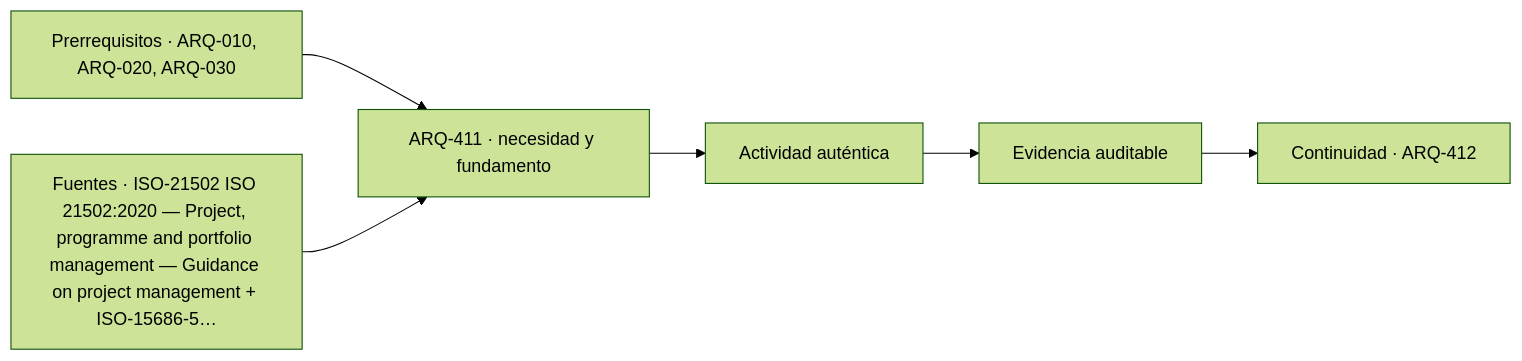
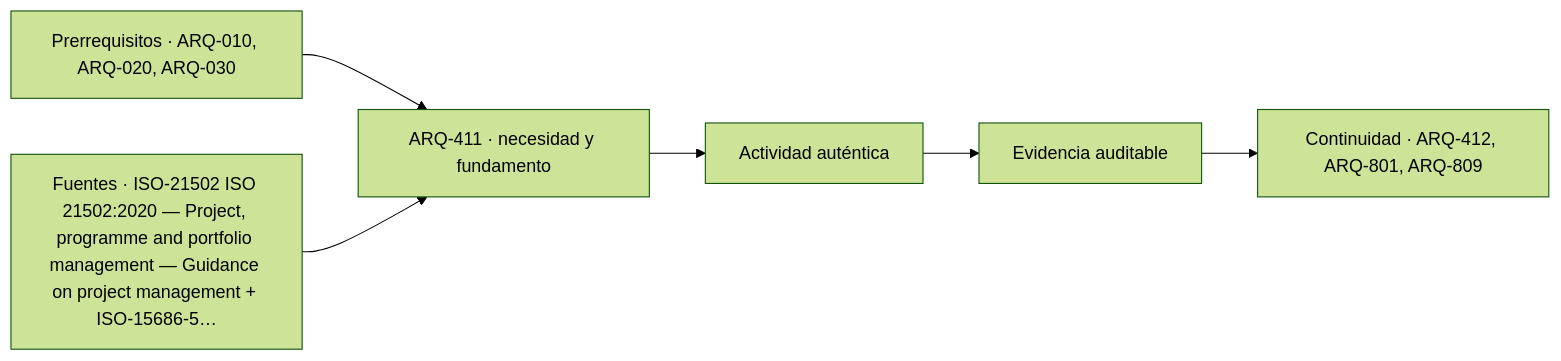
One commit to vladimiracunadev-create/architecture-built-environment-learning-program changed the diagram in classes/parte-42/ARQ-411.md. Above: the diagram before and after it, drawn with Mermaid (forest theme). The commit also changed other lines of this file and 234 other files, not shown here.

````diff
--- a/classes/parte-42/ARQ-411.md
+++ b/classes/parte-42/ARQ-411.md
@@ -87,8 +87,8 @@
 ```mermaid
 flowchart LR
     A["Prerrequisitos · ARQ-010, ARQ-020, ARQ-030"] --> B["ARQ-411 · necesidad y fundamento"]
     S["Fuentes · ISO-21502 ISO 21502:2020 — Project, programme and portfolio management — Guidance on project management + ISO-15686-5…"] --> B
     B --> C["Actividad auténtica"]
     C --> D["Evidencia auditable"]
-    D --> E["Continuidad · ARQ-412"]
+    D --> E["Continuidad · ARQ-412, ARQ-801, ARQ-809"]
 ```
````
